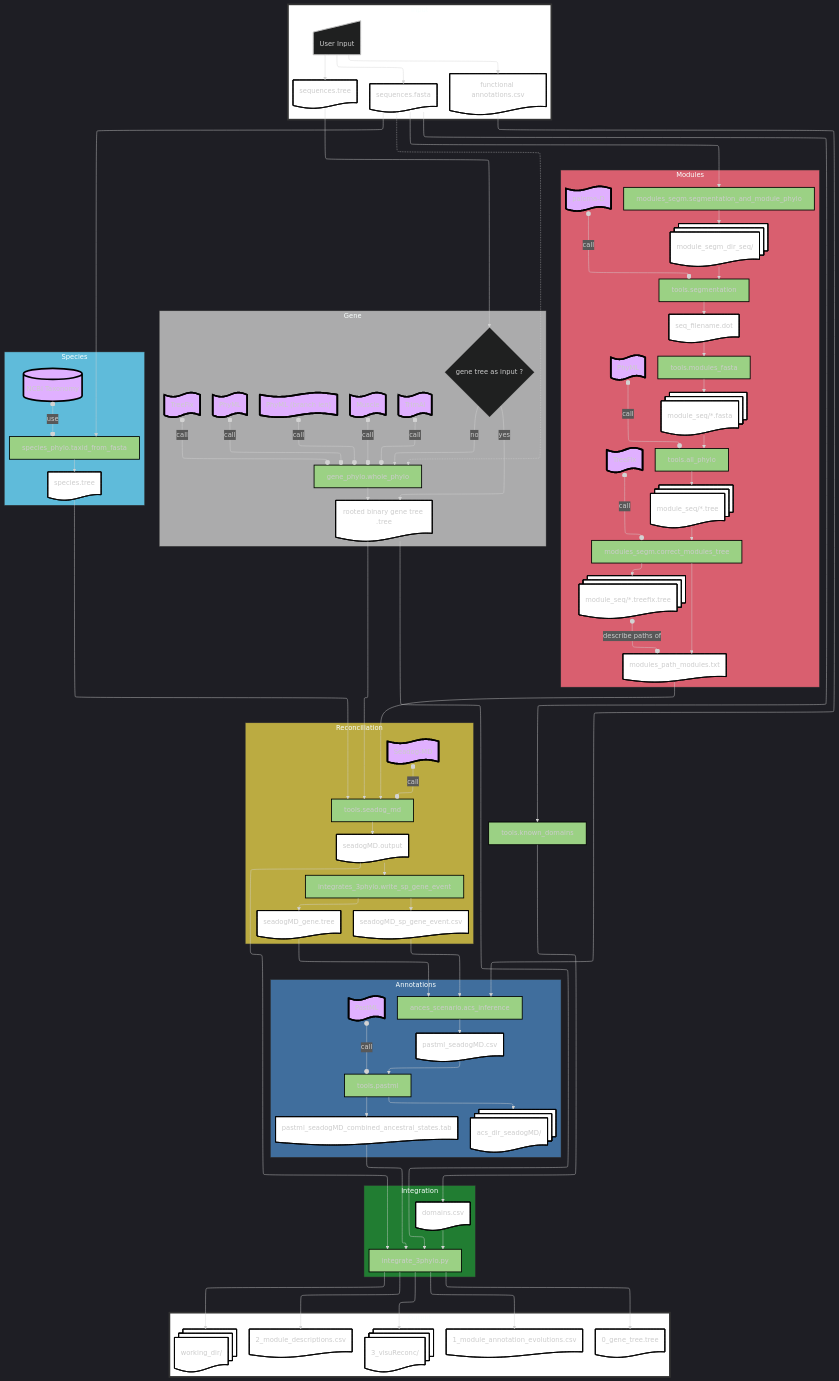
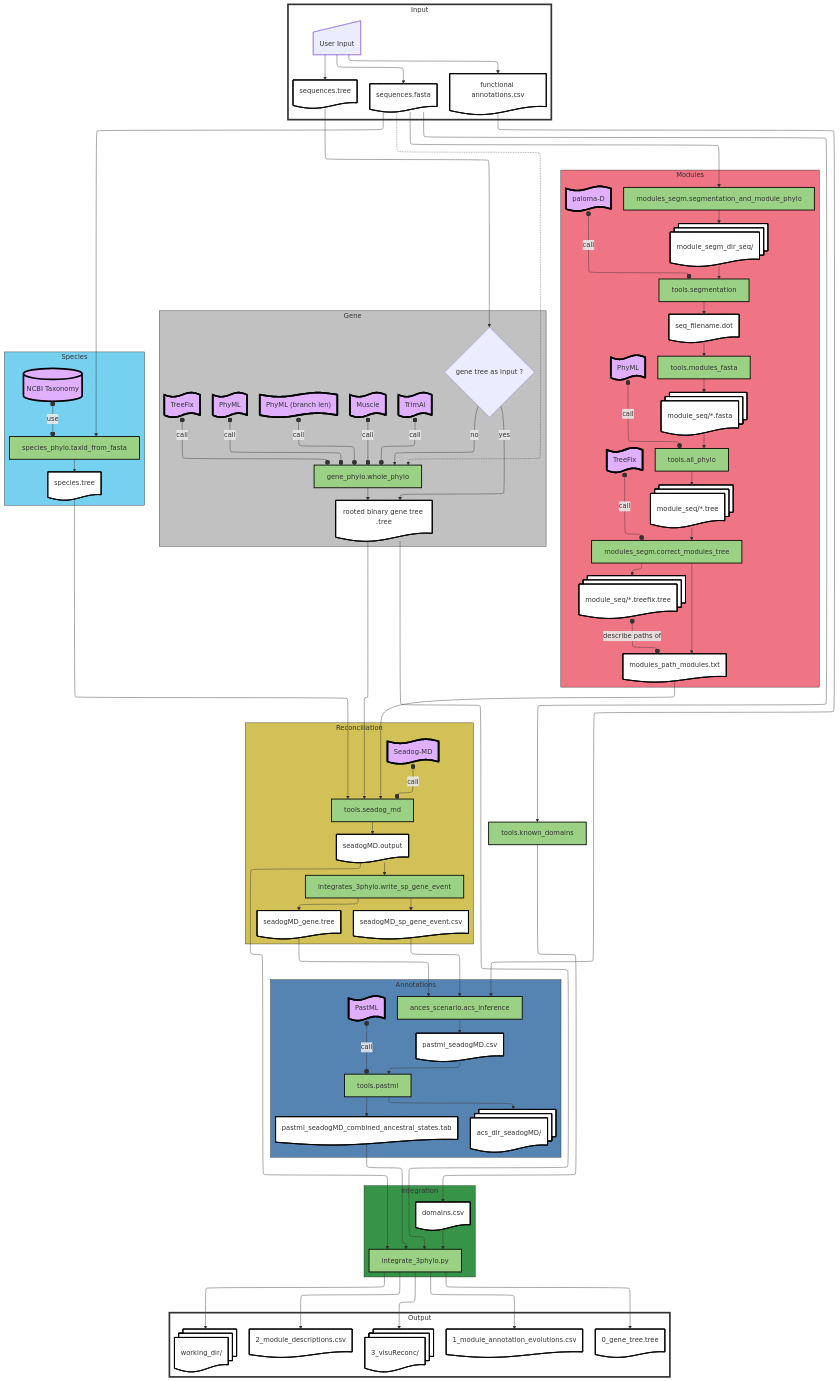
Before and after one commit to OcMalde/fuse-phylotree: the diagram in README.md, drawn with Mermaid.

Commit message:
readme mermaid test

```diff
--- a/README.md
+++ b/README.md
@@ -21,8 +21,8 @@
 config:
   layout: elk
   look: classic
-  theme: dark
-  fontSize: 500
+  theme: default
+  font-size: 500
   elk:
     nodePlacementStrategy: SIMPLE
 ---
```
